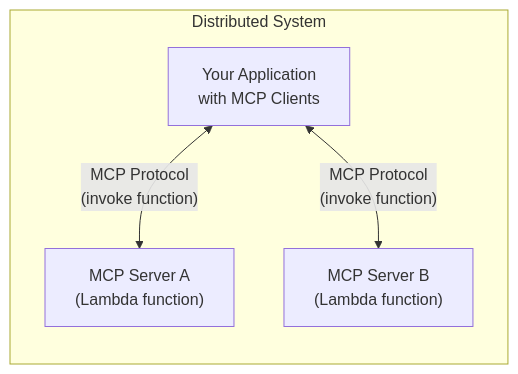
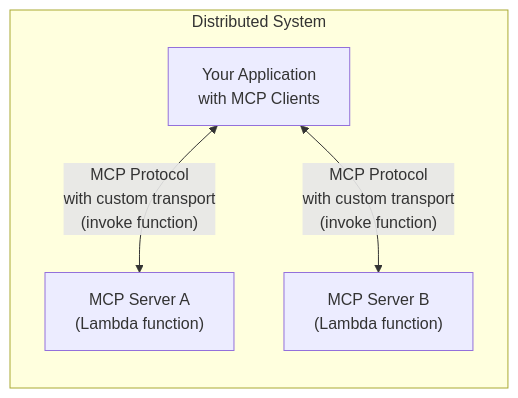
Before and after one commit to pablo-albaladejo/run-model-context-protocol-servers-with-aws-lambda: the second of 2 diagrams in README.md, drawn with Mermaid. The commit also changed other lines of this file and 15 other files, not shown here.

````diff
--- a/README.md
+++ b/README.md
@@ -28,10 +28,10 @@
 ```mermaid
 flowchart LR
     subgraph "Distributed System"
         App["Your Application<br>with MCP Clients"]
         S3["MCP Server A<br>(Lambda function)"]
         S4["MCP Server B<br>(Lambda function)"]
-        App <-->|"MCP Protocol<br>(invoke function)"| S3
-        App <-->|"MCP Protocol<br>(invoke function)"| S4
+        App <-->|"MCP Protocol<br>with custom transport<br>(invoke function)"| S3
+        App <-->|"MCP Protocol<br>with custom transport<br>(invoke function)"| S4
     end
 ```
````
